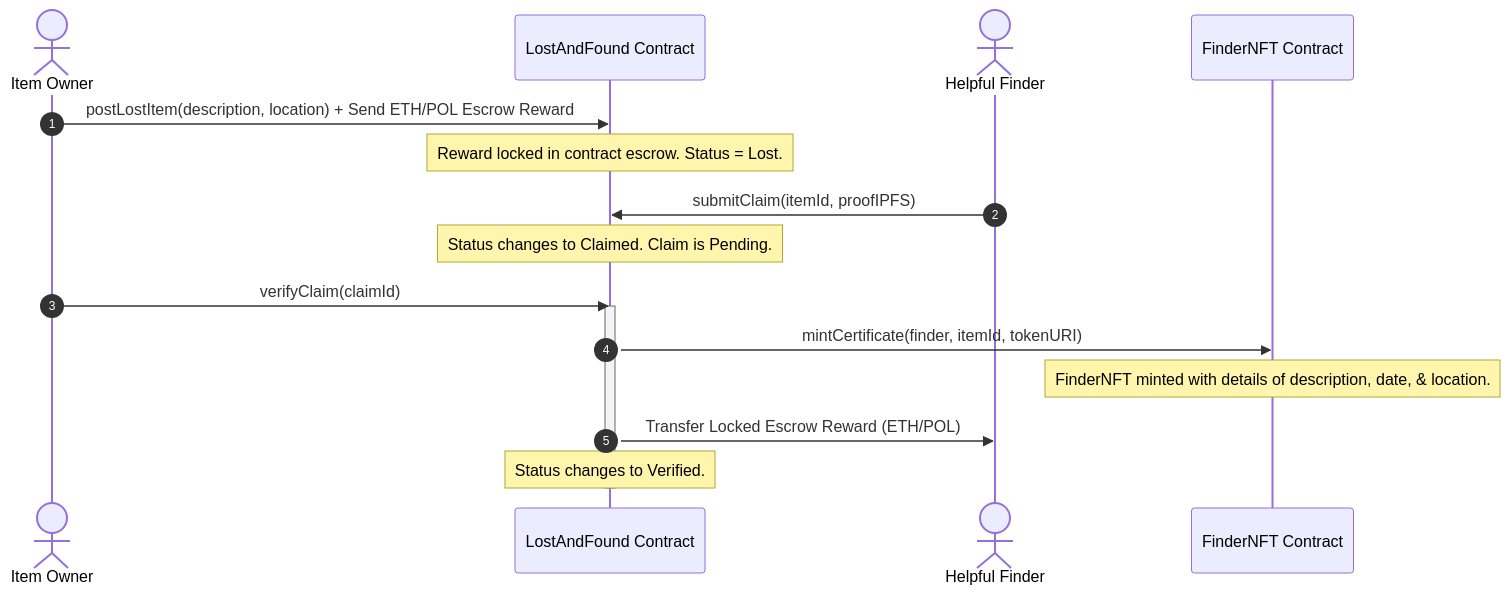
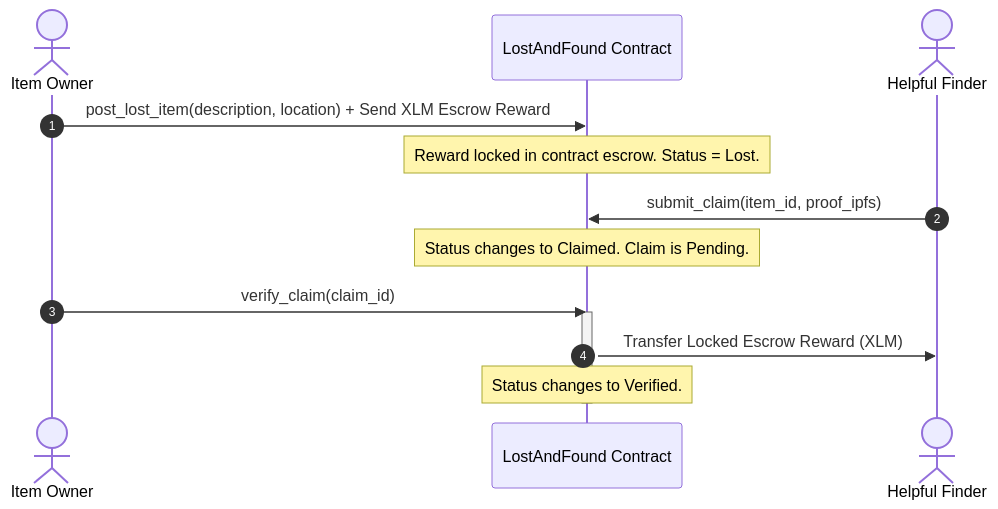
One commit to Samidradongare/stellar-lev-3 changed the diagram in README.md. Above: the diagram before and after it, drawn with Mermaid. The commit also changed other lines of this file and 39 other files, not shown here.

````diff
--- a/README.md
+++ b/README.md
@@ -26,22 +26,19 @@
 ```mermaid
 sequenceDiagram
     autonumber
     actor Owner as Item Owner
-    participant EVM as LostAndFound Contract
+    participant Stellar as LostAndFound Contract
     actor Finder as Helpful Finder
-    participant NFT as FinderNFT Contract
 
-    Owner->>EVM: postLostItem(description, location) + Send ETH/POL Escrow Reward
-    Note over EVM: Reward locked in contract escrow. Status = Lost.
+    Owner->>Stellar: post_lost_item(description, location) + Send XLM Escrow Reward
+    Note over Stellar: Reward locked in contract escrow. Status = Lost.
     
-    Finder->>EVM: submitClaim(itemId, proofIPFS)
-    Note over EVM: Status changes to Claimed. Claim is Pending.
+    Finder->>Stellar: submit_claim(item_id, proof_ipfs)
+    Note over Stellar: Status changes to Claimed. Claim is Pending.
     
-    Owner->>EVM: verifyClaim(claimId)
-    activate EVM
-    EVM->>NFT: mintCertificate(finder, itemId, tokenURI)
-    Note over NFT: FinderNFT minted with details of description, date, & location.
-    EVM->>Finder: Transfer Locked Escrow Reward (ETH/POL)
-    Note over EVM: Status changes to Verified.
-    deactivate EVM
+    Owner->>Stellar: verify_claim(claim_id)
+    activate Stellar
+    Stellar->>Finder: Transfer Locked Escrow Reward (XLM)
+    Note over Stellar: Status changes to Verified.
+    deactivate Stellar
 ```
````
